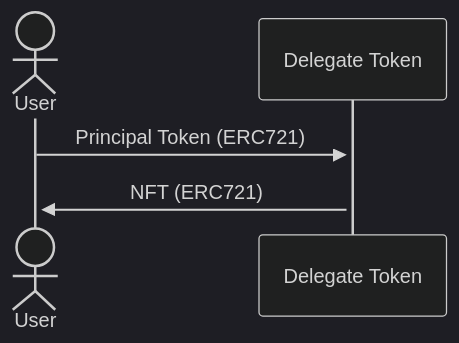
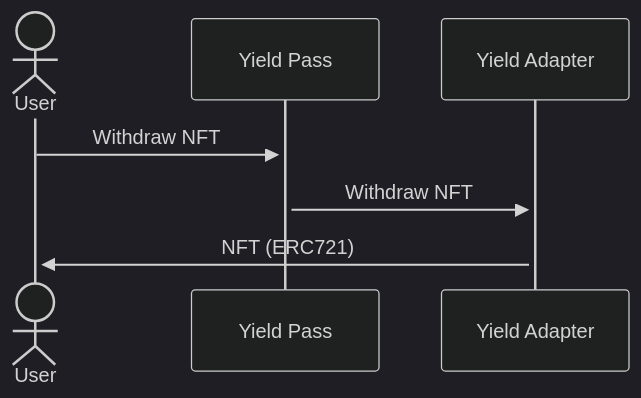
The fifth of 5 diagrams in docs/DESIGN.md (metastreet-labs/metastreet-yield-pass), drawn with Mermaid (dark theme) before and after one commit. The commit also changed other lines of this file and 2 other files, not shown here.

````diff
--- a/docs/DESIGN.md
+++ b/docs/DESIGN.md
@@ -98,6 +154,7 @@
 ```mermaid
 sequenceDiagram
     actor User
-    User->>+Delegate Token: Principal Token (ERC721)
-    Delegate Token->>+User: NFT (ERC721)
+    User->>+Yield Pass: Withdraw NFT
+    Yield Pass->>+Yield Adapter: Withdraw NFT
+    Yield Adapter->>+User: NFT (ERC721)
 ```
````
